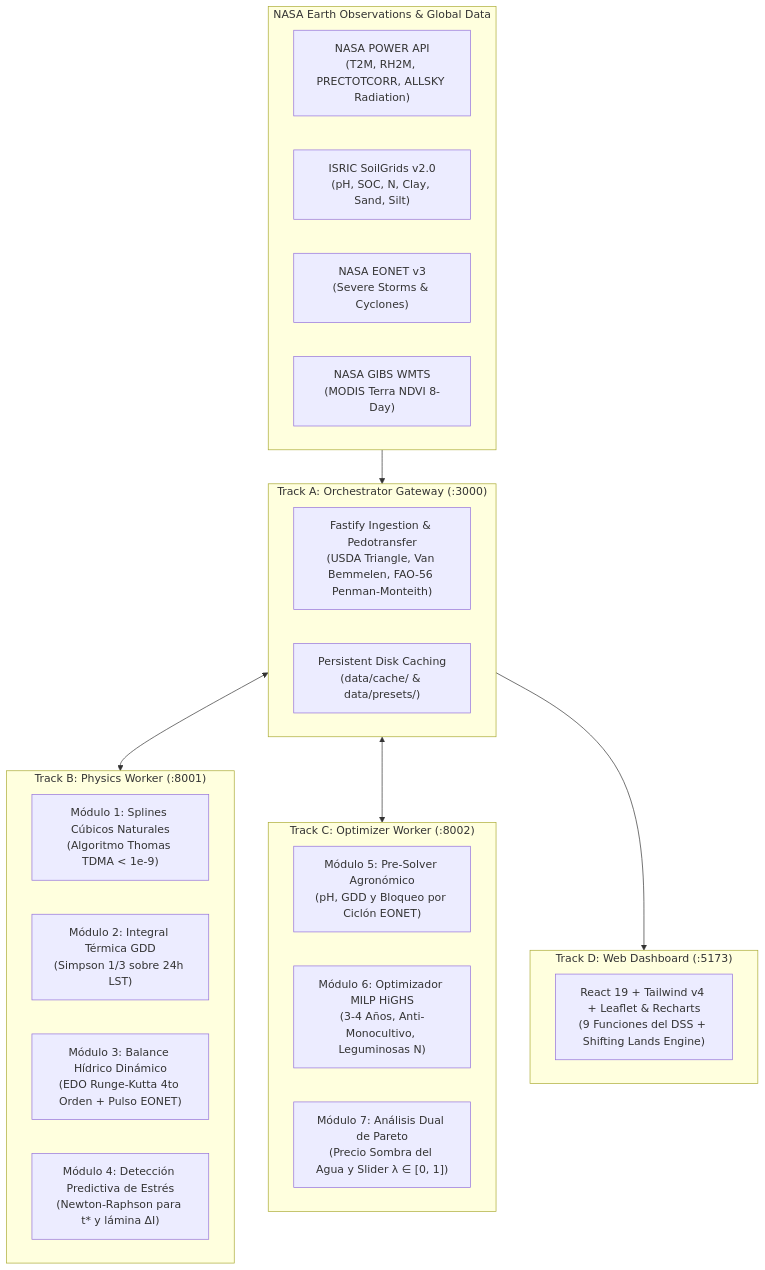
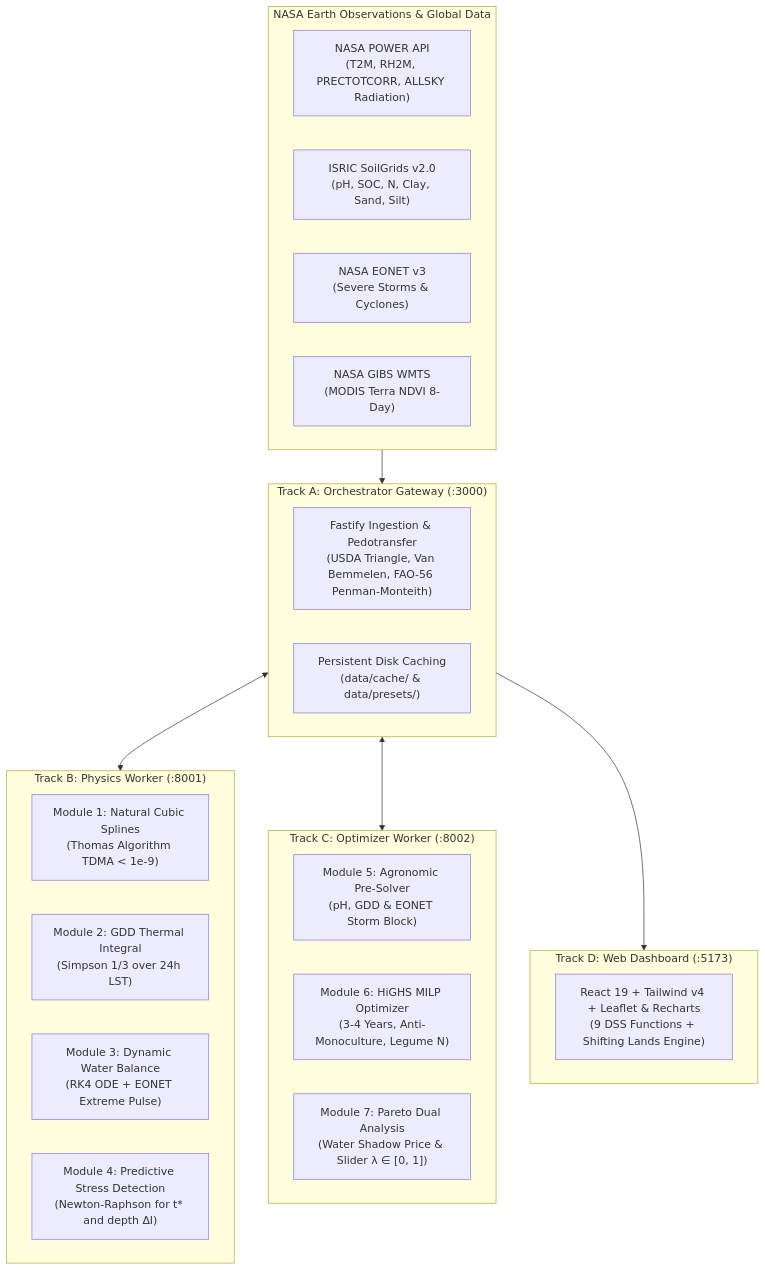
The diagram in README.md (OtakuSweett/Hakathons), drawn with Mermaid before and after one commit. The commit also changed other lines of this file and 1 other file, not shown here.

````diff
--- a/README.md
+++ b/README.md
@@ -26,36 +27,36 @@
 ```mermaid
 flowchart TD
     subgraph NASA["NASA Earth Observations & Global Data"]
         POWER["NASA POWER API<br/>(T2M, RH2M, PRECTOTCORR, ALLSKY Radiation)"]
         SOIL["ISRIC SoilGrids v2.0<br/>(pH, SOC, N, Clay, Sand, Silt)"]
         EONET["NASA EONET v3<br/>(Severe Storms & Cyclones)"]
         GIBS["NASA GIBS WMTS<br/>(MODIS Terra NDVI 8-Day)"]
     end
 
     subgraph GW["Track A: Orchestrator Gateway (:3000)"]
         FASTIFY["Fastify Ingestion & Pedotransfer<br/>(USDA Triangle, Van Bemmelen, FAO-56 Penman-Monteith)"]
         CACHE["Persistent Disk Caching<br/>(data/cache/ & data/presets/)"]
     end
 
     subgraph PHYS["Track B: Physics Worker (:8001)"]
-        M1["Módulo 1: Splines Cúbicos Naturales<br/>(Algoritmo Thomas TDMA < 1e-9)"]
-        M2["Módulo 2: Integral Térmica GDD<br/>(Simpson 1/3 sobre 24h LST)"]
-        M3["Módulo 3: Balance Hídrico Dinámico<br/>(EDO Runge-Kutta 4to Orden + Pulso EONET)"]
-        M4["Módulo 4: Detección Predictiva de Estrés<br/>(Newton-Raphson para t* y lámina ΔI)"]
+        M1["Module 1: Natural Cubic Splines<br/>(Thomas Algorithm TDMA < 1e-9)"]
+        M2["Module 2: GDD Thermal Integral<br/>(Simpson 1/3 over 24h LST)"]
+        M3["Module 3: Dynamic Water Balance<br/>(RK4 ODE + EONET Extreme Pulse)"]
+        M4["Module 4: Predictive Stress Detection<br/>(Newton-Raphson for t* and depth ΔI)"]
     end
 
     subgraph OPT["Track C: Optimizer Worker (:8002)"]
-        M5["Módulo 5: Pre-Solver Agronómico<br/>(pH, GDD y Bloqueo por Ciclón EONET)"]
-        M6["Módulo 6: Optimizador MILP HiGHS<br/>(3-4 Años, Anti-Monocultivo, Leguminosas N)"]
-        M7["Módulo 7: Análisis Dual de Pareto<br/>(Precio Sombra del Agua y Slider λ ∈ [0, 1])"]
+        M5["Module 5: Agronomic Pre-Solver<br/>(pH, GDD & EONET Storm Block)"]
+        M6["Module 6: HiGHS MILP Optimizer<br/>(3-4 Years, Anti-Monoculture, Legume N)"]
+        M7["Module 7: Pareto Dual Analysis<br/>(Water Shadow Price & Slider λ ∈ [0, 1])"]
     end
 
     subgraph WEB["Track D: Web Dashboard (:5173)"]
-        UI["React 19 + Tailwind v4 + Leaflet & Recharts<br/>(9 Funciones del DSS + Shifting Lands Engine)"]
+        UI["React 19 + Tailwind v4 + Leaflet & Recharts<br/>(9 DSS Functions + Shifting Lands Engine)"]
     end
 
     NASA --> GW
     GW <--> PHYS
     GW <--> OPT
     GW --> WEB
 ```
````
